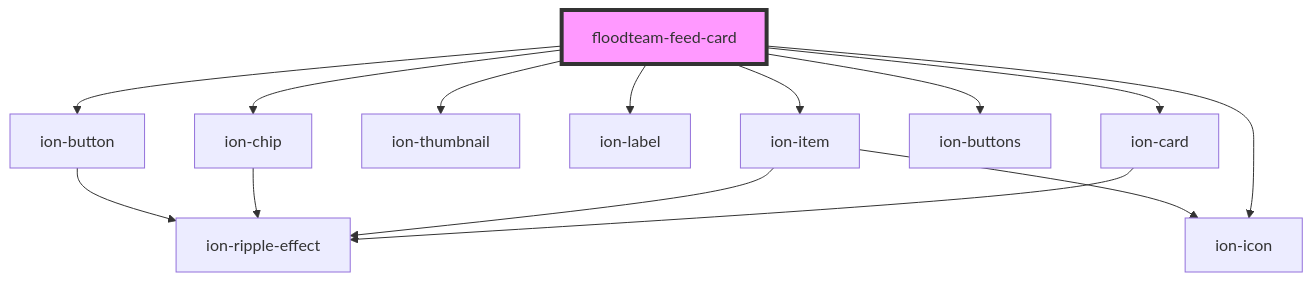
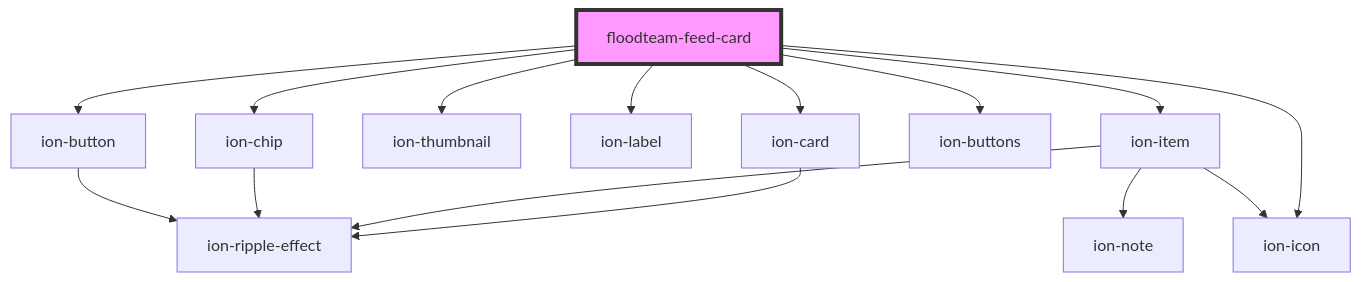
One commit to FloodTeam/components changed the diagram in src/components/feed-card/readme.md. Above: the diagram before and after it, drawn with Mermaid. The commit also changed 113 other files, not shown here.

````diff
--- a/src/components/feed-card/readme.md
+++ b/src/components/feed-card/readme.md
@@ -46,17 +46,18 @@
 ```mermaid
 graph TD;
   floodteam-feed-card --> ion-card
   floodteam-feed-card --> ion-item
   floodteam-feed-card --> ion-thumbnail
   floodteam-feed-card --> ion-label
   floodteam-feed-card --> ion-chip
   floodteam-feed-card --> ion-buttons
   floodteam-feed-card --> ion-button
   floodteam-feed-card --> ion-icon
   ion-card --> ion-ripple-effect
   ion-item --> ion-icon
   ion-item --> ion-ripple-effect
+  ion-item --> ion-note
   ion-chip --> ion-ripple-effect
   ion-button --> ion-ripple-effect
   style floodteam-feed-card fill:#f9f,stroke:#333,stroke-width:4px
 ```
````
